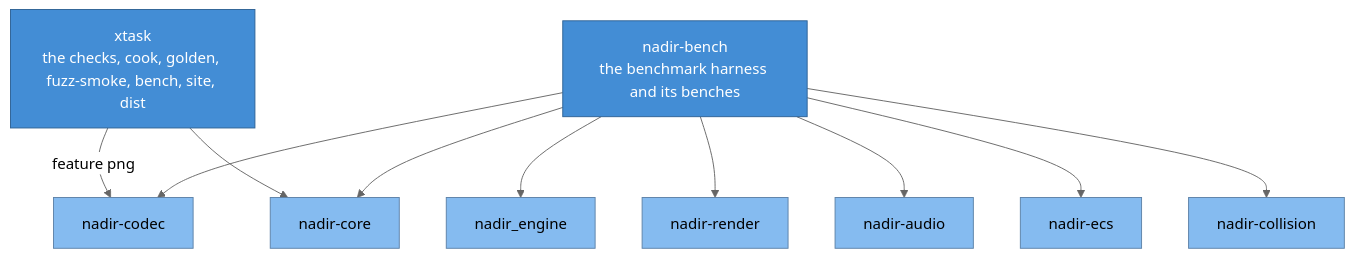
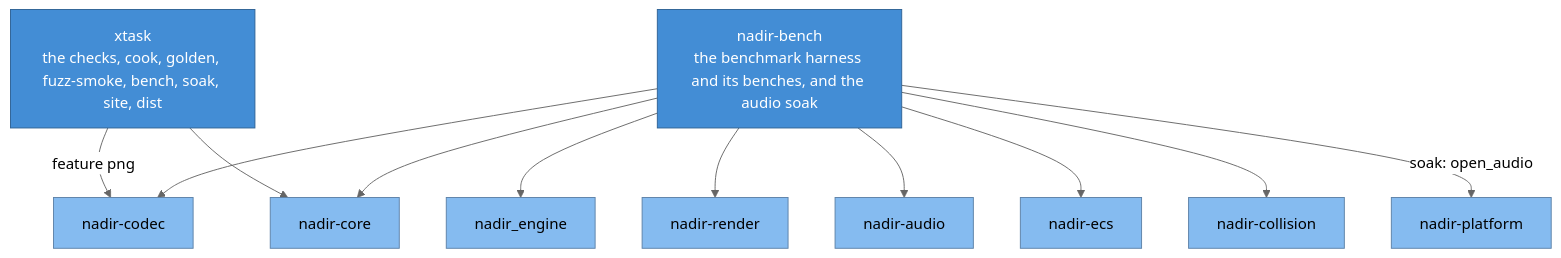
Before and after one commit to jabbott-iii/Nadir: the fifth of 5 diagrams in diagrams/c4-architecture.md, drawn with Mermaid (neutral theme). The commit also changed other lines of this file and 22 other files, not shown here.

````diff
--- a/diagrams/c4-architecture.md
+++ b/diagrams/c4-architecture.md
@@ -298,27 +298,29 @@
 ```mermaid
 flowchart TB
-    xtask["xtask<br/>the checks, cook, golden, fuzz-smoke, bench, site, dist"]
-    bench["nadir-bench<br/>the benchmark harness and its benches"]
+    xtask["xtask<br/>the checks, cook, golden, fuzz-smoke, bench, soak, site, dist"]
+    bench["nadir-bench<br/>the benchmark harness and its benches, and the audio soak"]
     n_engine["nadir_engine"]
     n_render["nadir-render"]
     n_audio["nadir-audio"]
     n_ecs["nadir-ecs"]
     n_collision["nadir-collision"]
+    n_platform["nadir-platform"]
     n_codec["nadir-codec"]
     n_core["nadir-core"]
 
     xtask -->|"feature png"| n_codec
     xtask --> n_core
     bench --> n_engine
     bench --> n_render
     bench --> n_audio
     bench --> n_ecs
     bench --> n_collision
+    bench -->|"soak: open_audio"| n_platform
     bench --> n_codec
     bench --> n_core
 
     classDef container fill:#438dd5,stroke:#2e6295,color:#ffffff
     classDef component fill:#85bbf0,stroke:#5d82a8,color:#000000
     class xtask,bench container
-    class n_engine,n_render,n_audio,n_ecs,n_collision,n_codec,n_core component
+    class n_engine,n_render,n_audio,n_ecs,n_collision,n_platform,n_codec,n_core component
 ```
````
